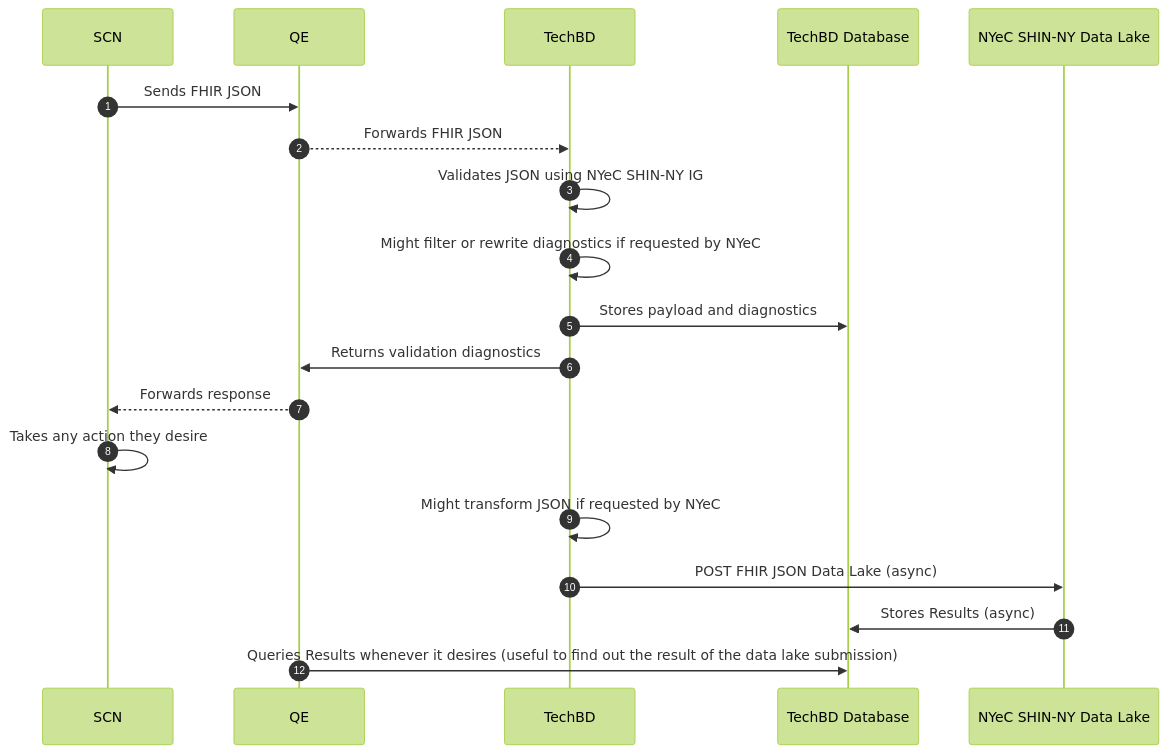
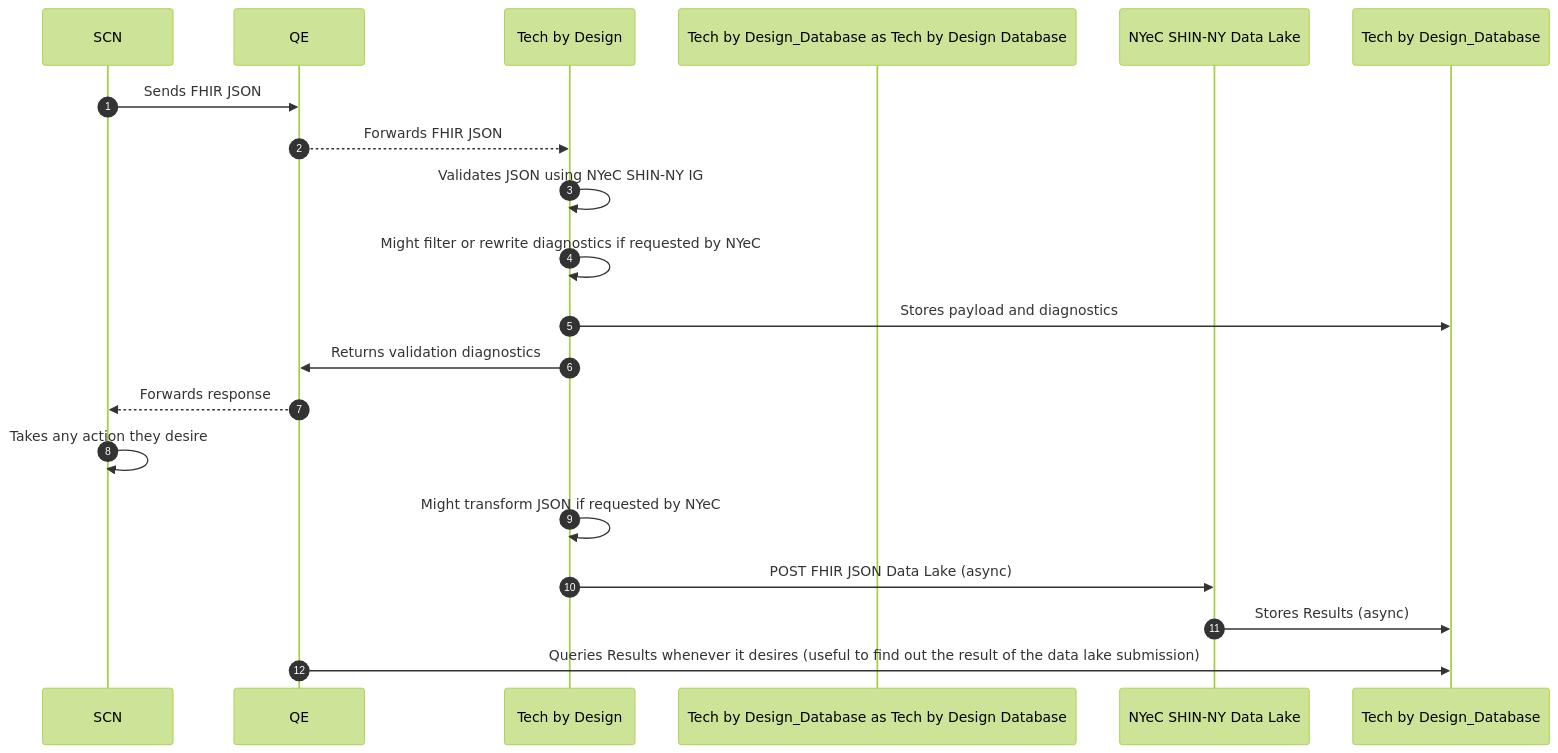
Before and after one commit to tech-by-design/docs.techbd.org: the second of 2 diagrams in src/content/docs/1115-hub/fhir-services/index.md, drawn with Mermaid (forest theme). The commit also changed other lines of this file and 21 other files, not shown here.

```diff
--- a/src/content/docs/1115-hub/fhir-services/index.md
+++ b/src/content/docs/1115-hub/fhir-services/index.md
@@ -100,27 +100,27 @@
 <pre class="mermaid">
 sequenceDiagram
   autonumber
 
   participant SCN
   participant QE
-  participant TechBD
-  participant TechBD_Database as TechBD Database
+  participant Tech by Design
+  participant Tech by Design_Database as Tech by Design Database
   participant DataLake as NYeC SHIN-NY Data Lake
 
   SCN->>QE: Sends FHIR JSON
   
-  QE-->>TechBD: Forwards FHIR JSON
+  QE-->>Tech by Design: Forwards FHIR JSON
 
-  TechBD->>TechBD: Validates JSON using NYeC SHIN-NY IG
-  TechBD->>TechBD: Might filter or rewrite diagnostics if requested by NYeC
-  TechBD->>TechBD_Database: Stores payload and diagnostics
-  TechBD->>QE: Returns validation diagnostics
+  Tech by Design->>Tech by Design: Validates JSON using NYeC SHIN-NY IG
+  Tech by Design->>Tech by Design: Might filter or rewrite diagnostics if requested by NYeC
+  Tech by Design->>Tech by Design_Database: Stores payload and diagnostics
+  Tech by Design->>QE: Returns validation diagnostics
   QE-->>SCN: Forwards response
   SCN->>SCN: Takes any action they desire
 
-  TechBD->>TechBD: Might transform JSON if requested by NYeC
-  TechBD->>DataLake: POST FHIR JSON Data Lake (async)
-  DataLake->>TechBD_Database: Stores Results (async)
+  Tech by Design->>Tech by Design: Might transform JSON if requested by NYeC
+  Tech by Design->>DataLake: POST FHIR JSON Data Lake (async)
+  DataLake->>Tech by Design_Database: Stores Results (async)
 
-  QE->>TechBD_Database: Queries Results whenever it desires (useful to find out the result of the data lake submission)
+  QE->>Tech by Design_Database: Queries Results whenever it desires (useful to find out the result of the data lake submission)
 </pre>
```
